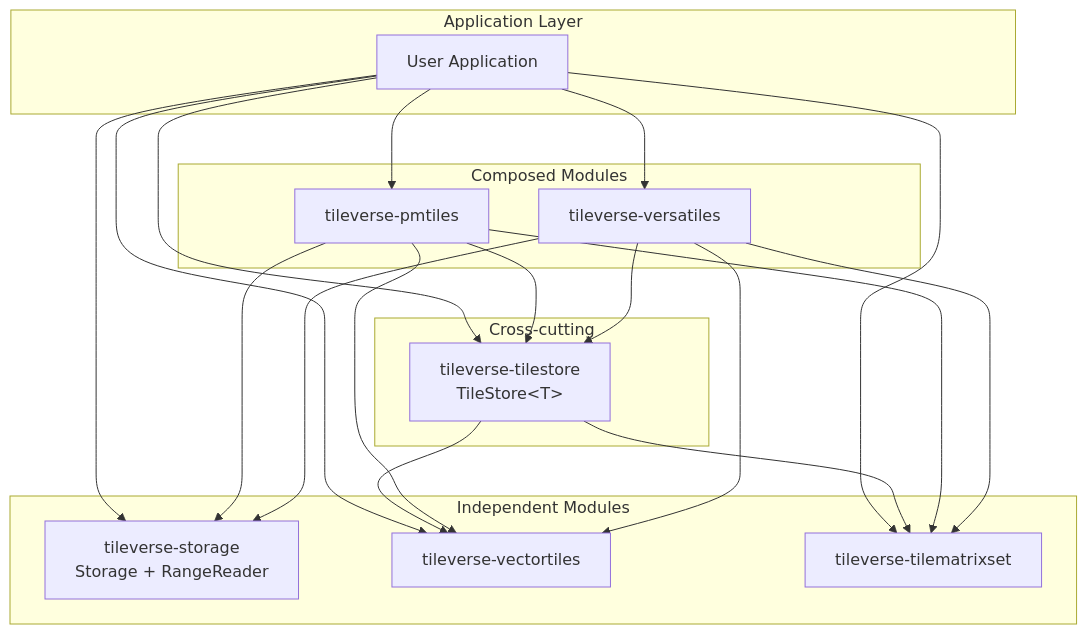
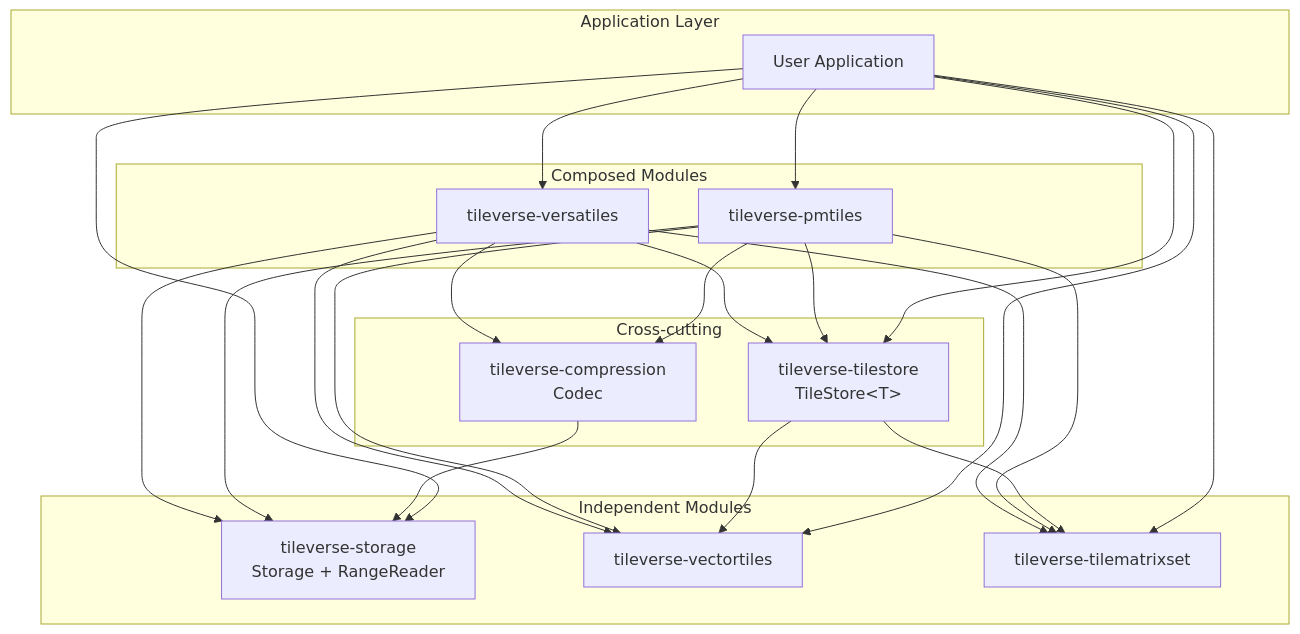
Before and after one commit to tileverse-io/tileverse: the diagram in docs/src/developer-guide/explanation/architecture.md, drawn with Mermaid. The commit also changed other lines of this file and 36 other files, not shown here.

````diff
--- a/docs/src/developer-guide/explanation/architecture.md
+++ b/docs/src/developer-guide/explanation/architecture.md
@@ -9,41 +9,46 @@
 ```mermaid
 graph TD
     subgraph "Application Layer"
         App[User Application]
     end
 
     subgraph "Independent Modules"
         ST[tileverse-storage<br/>Storage + RangeReader]
         VT[tileverse-vectortiles]
         TMS[tileverse-tilematrixset]
     end
 
     subgraph "Cross-cutting"
         TS[tileverse-tilestore<br/>TileStore&lt;T&gt;]
+        CMP[tileverse-compression<br/>Codec]
     end
 
     subgraph "Composed Modules"
         PMT[tileverse-pmtiles]
         VER[tileverse-versatiles]
     end
 
     App --> ST
     App --> VT
     App --> TMS
     App --> TS
     App --> PMT
     App --> VER
 
     TS --> VT
     TS --> TMS
 
+    CMP --> ST
+
     PMT --> ST
     PMT --> VT
     PMT --> TMS
     PMT --> TS
+    PMT --> CMP
 
     VER --> ST
     VER --> VT
     VER --> TMS
     VER --> TS
+    VER --> CMP
 ```
````
